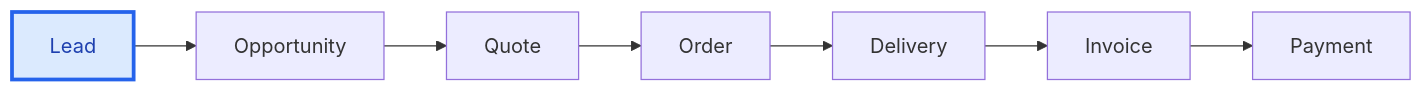
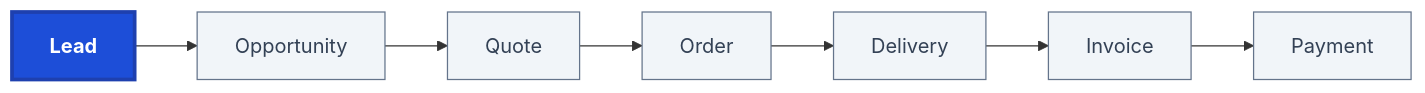
The diagram in features/crm/lead-management.md (ErpNetDocs/info), drawn with Mermaid before and after one commit.

Commit message:
Apply the info site palette to the Lead Management diagram
Highlight Lead as the current stage with the approved blue style. Apply the same neutral style to the other six stages so readers can identify the article’s focus.

````diff
--- a/features/crm/lead-management.md
+++ b/features/crm/lead-management.md
@@ -18,11 +18,15 @@
 ```mermaid
 flowchart LR
     L["Lead"] --> O["Opportunity"]
     O --> Q["Quote"]
     Q --> SO["Order"]
     SO --> D["Delivery"]
     D --> I["Invoice"]
     I --> P["Payment"]
 
-    style L fill:#DBEAFE,stroke:#2563EB,stroke-width:3px,color:#1E40AF
+    classDef selected fill:#1D4ED8,stroke:#1E40AF,stroke-width:3px,color:#FFFFFF,font-weight:bold
+    classDef unselected fill:#F1F5F9,stroke:#64748B,stroke-width:1px,color:#334155
+
+    class L selected
+    class O,Q,SO,D,I,P unselected
 ```
````
